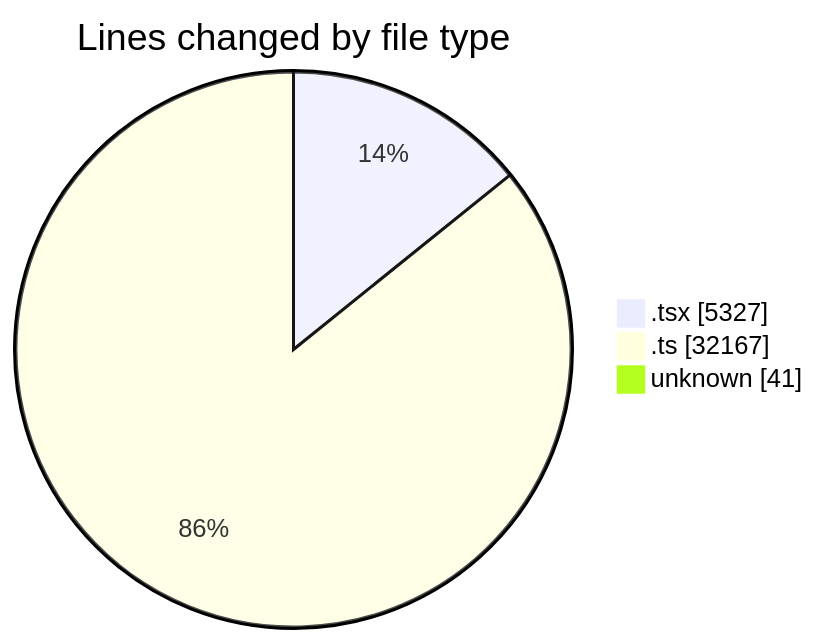
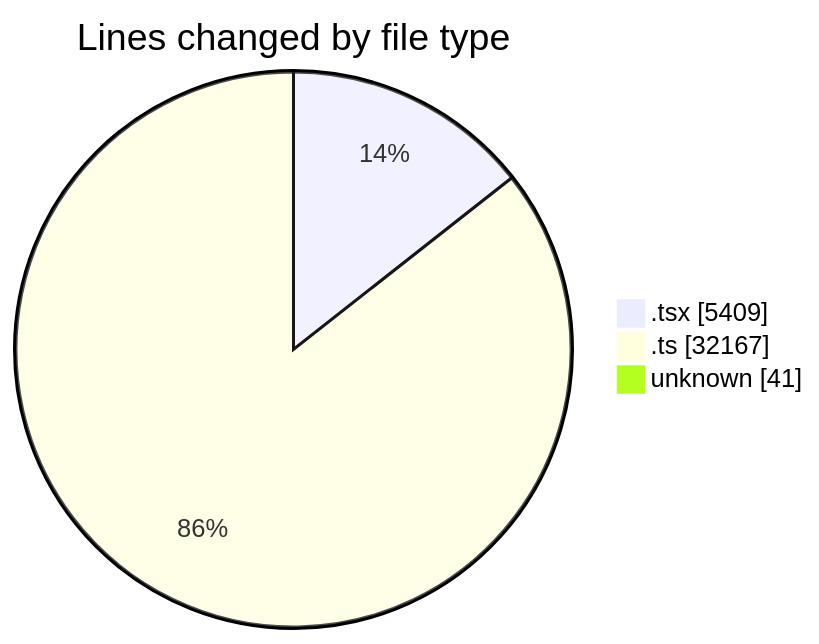
One commit to momahboobian/code-tracking changed the first of 2 diagrams in 2025-07-07/cda/README.md. Above: the diagram before and after it, drawn with Mermaid. The commit also changed other lines of this file and 1 other file, not shown here.

````diff
--- a/2025-07-07/cda/README.md
+++ b/2025-07-07/cda/README.md
@@ -34,7 +34,7 @@
 ```mermaid
 pie showData
 title Lines changed by file type
-".tsx" : 5327
+".tsx" : 5409
 ".ts" : 32167
 "unknown" : 41
 ```
````
